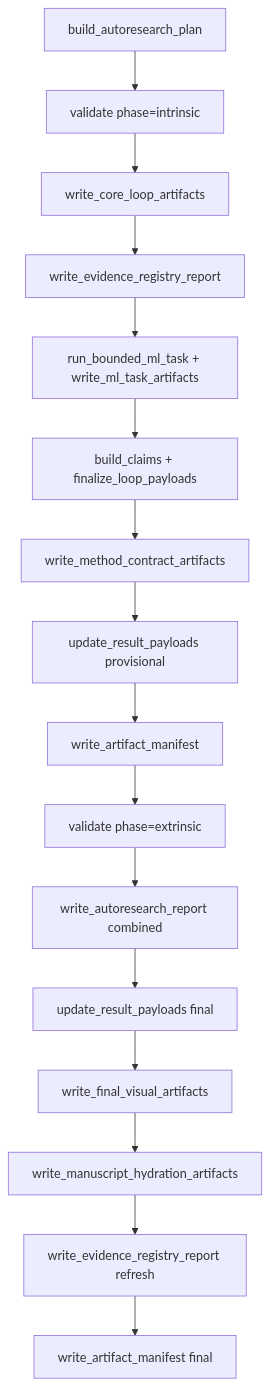
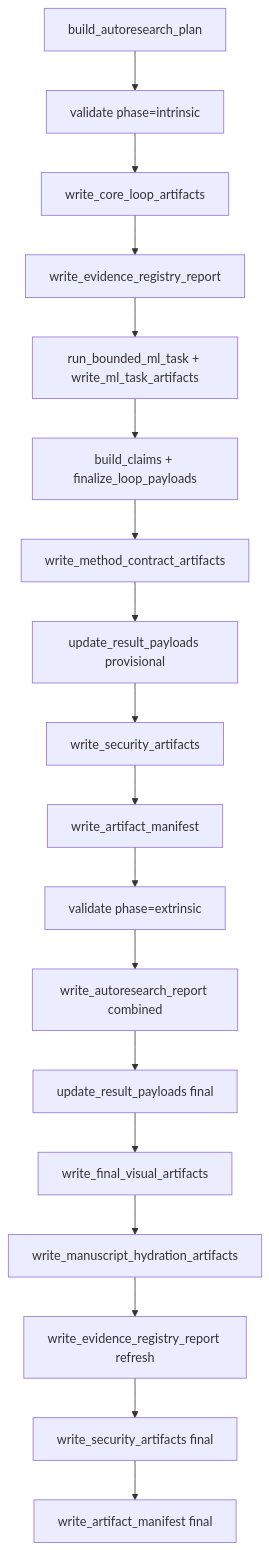
One commit to docxology/template changed the diagram in projects/template_autoresearch_project/README.md. Above: the diagram before and after it, drawn with Mermaid. The commit also changed other lines of this file and 43 other files, not shown here.

````diff
--- a/projects/template_autoresearch_project/README.md
+++ b/projects/template_autoresearch_project/README.md
@@ -48,18 +52,20 @@
 ```mermaid
 flowchart TB
   plan[build_autoresearch_plan] --> intrinsic[validate phase=intrinsic]
   intrinsic --> core[write_core_loop_artifacts]
   core --> registry1[write_evidence_registry_report]
   registry1 --> ml[run_bounded_ml_task + write_ml_task_artifacts]
   ml --> claims[build_claims + finalize_loop_payloads]
   claims --> methods[write_method_contract_artifacts]
   methods --> update1[update_result_payloads provisional]
-  update1 --> manifest1[write_artifact_manifest]
+  update1 --> security1[write_security_artifacts]
+  security1 --> manifest1[write_artifact_manifest]
   manifest1 --> extrinsic[validate phase=extrinsic]
   extrinsic --> readiness[write_autoresearch_report combined]
   readiness --> update2[update_result_payloads final]
   update2 --> visuals[write_final_visual_artifacts]
   visuals --> hydrate[write_manuscript_hydration_artifacts]
   hydrate --> registry2[write_evidence_registry_report refresh]
-  registry2 --> manifest2[write_artifact_manifest final]
+  registry2 --> security2[write_security_artifacts final]
+  security2 --> manifest2[write_artifact_manifest final]
 ```
````
